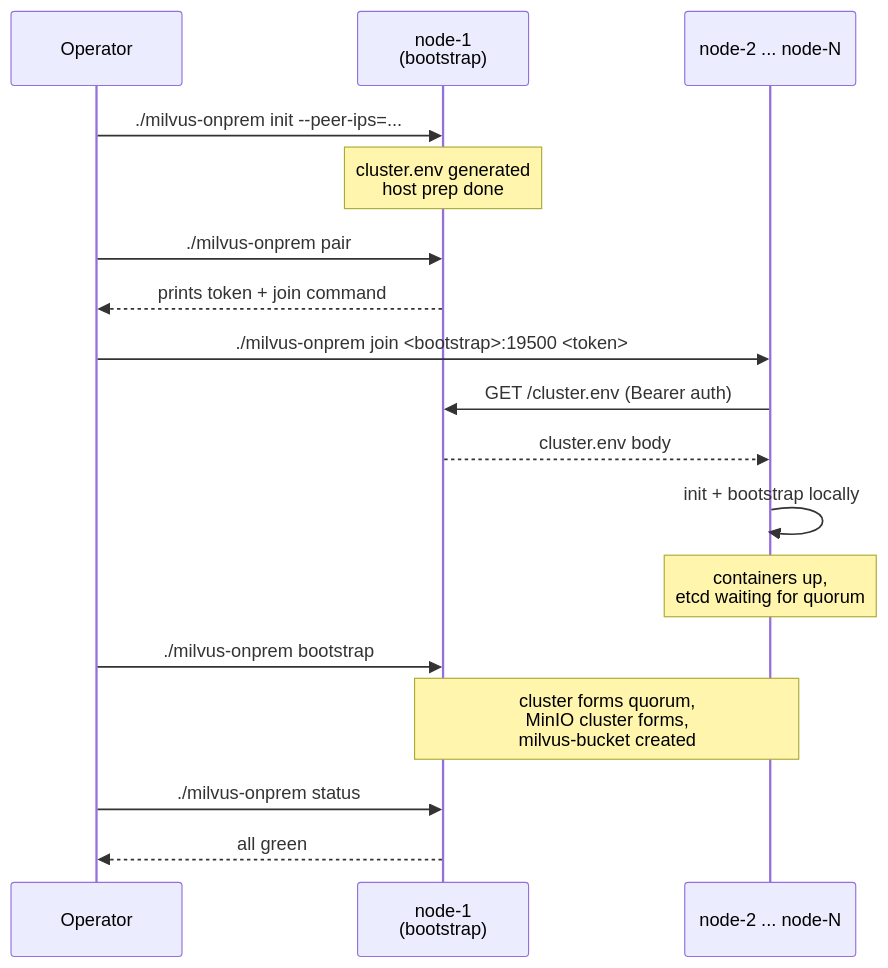
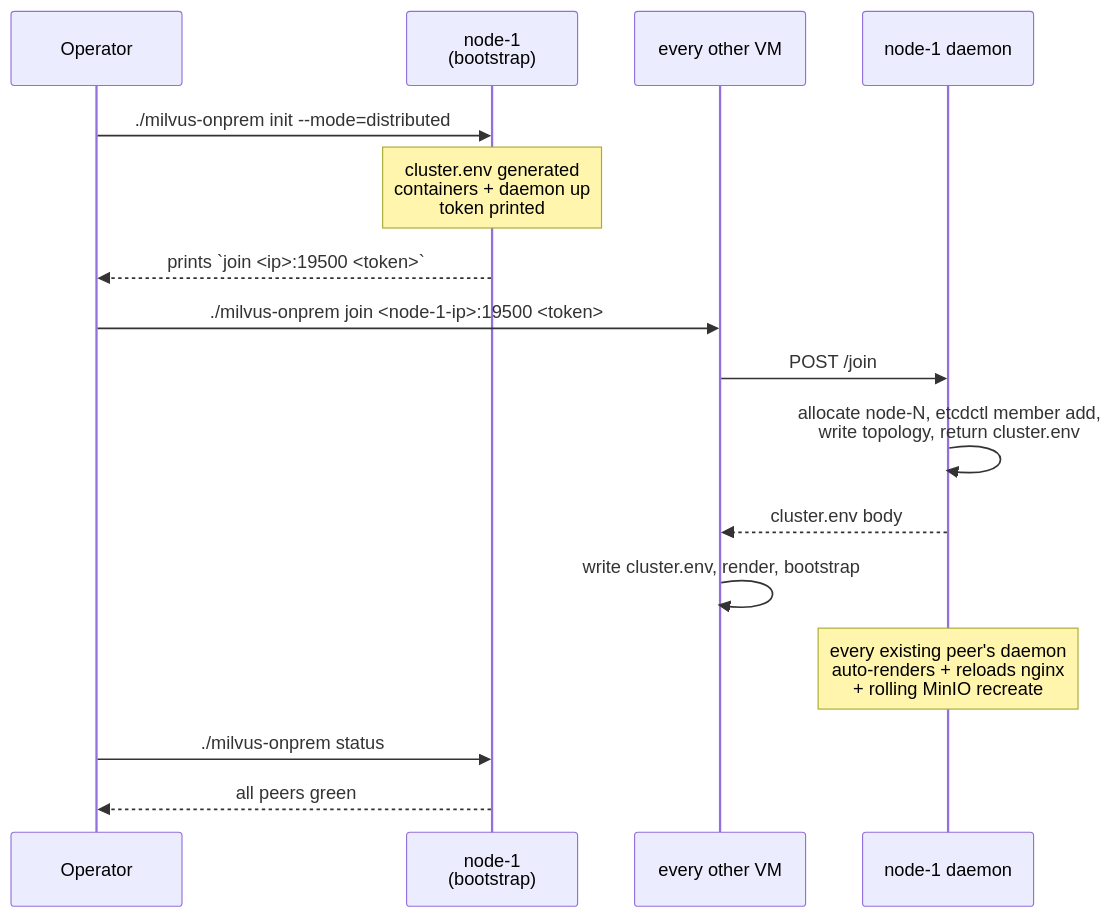
One commit to codeadeel/milvus-onprem changed the diagram in docs/DEPLOYMENT.md. Above: the diagram before and after it, drawn with Mermaid. The commit also changed other lines of this file and 27 other files, not shown here.

````diff
--- a/docs/DEPLOYMENT.md
+++ b/docs/DEPLOYMENT.md
@@ -81,20 +67,22 @@
 ```mermaid
 sequenceDiagram
   participant Op as Operator
   participant N1 as node-1<br/>(bootstrap)
-  participant Nx as node-2 ... node-N
+  participant Nx as every other VM
+  participant D1 as node-1 daemon
 
-  Op->>N1: ./milvus-onprem init --peer-ips=...
-  Note over N1: cluster.env generated<br/>host prep done
-  Op->>N1: ./milvus-onprem pair
-  N1-->>Op: prints token + join command
-  Op->>Nx: ./milvus-onprem join <bootstrap>:19500 <token>
-  Nx->>N1: GET /cluster.env (Bearer auth)
-  N1-->>Nx: cluster.env body
-  Nx->>Nx: init + bootstrap locally
-  Note over Nx: containers up,<br/>etcd waiting for quorum
-  Op->>N1: ./milvus-onprem bootstrap
-  Note over N1,Nx: cluster forms quorum,<br/>MinIO cluster forms,<br/>milvus-bucket created
+  Op->>N1: ./milvus-onprem init --mode=distributed
+  Note over N1: cluster.env generated<br/>containers + daemon up<br/>token printed
+  N1-->>Op: prints `join <ip>:19500 <token>`
+
+  Op->>Nx: ./milvus-onprem join <node-1-ip>:19500 <token>
+  Nx->>D1: POST /join
+  D1->>D1: allocate node-N, etcdctl member add,<br/>write topology, return cluster.env
+  D1-->>Nx: cluster.env body
+  Nx->>Nx: write cluster.env, render, bootstrap
+
+  Note over D1: every existing peer's daemon<br/>auto-renders + reloads nginx<br/>+ rolling MinIO recreate
+
   Op->>N1: ./milvus-onprem status
-  N1-->>Op: all green
+  N1-->>Op: all peers green
 ```
````
